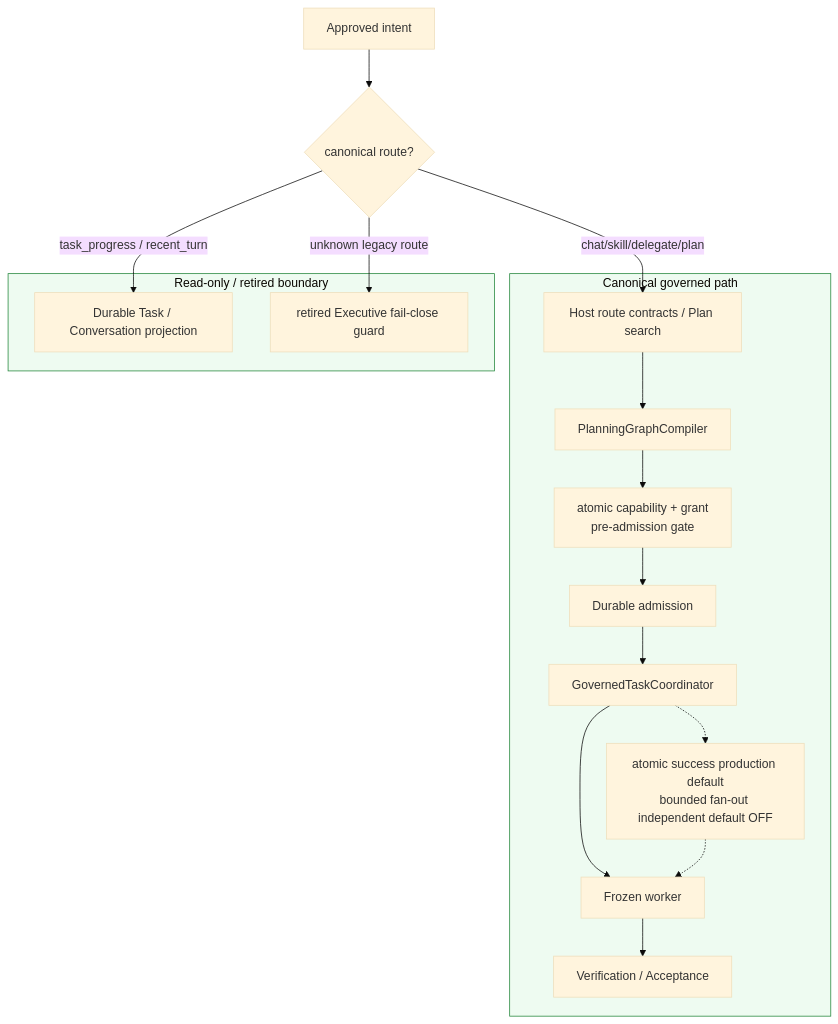
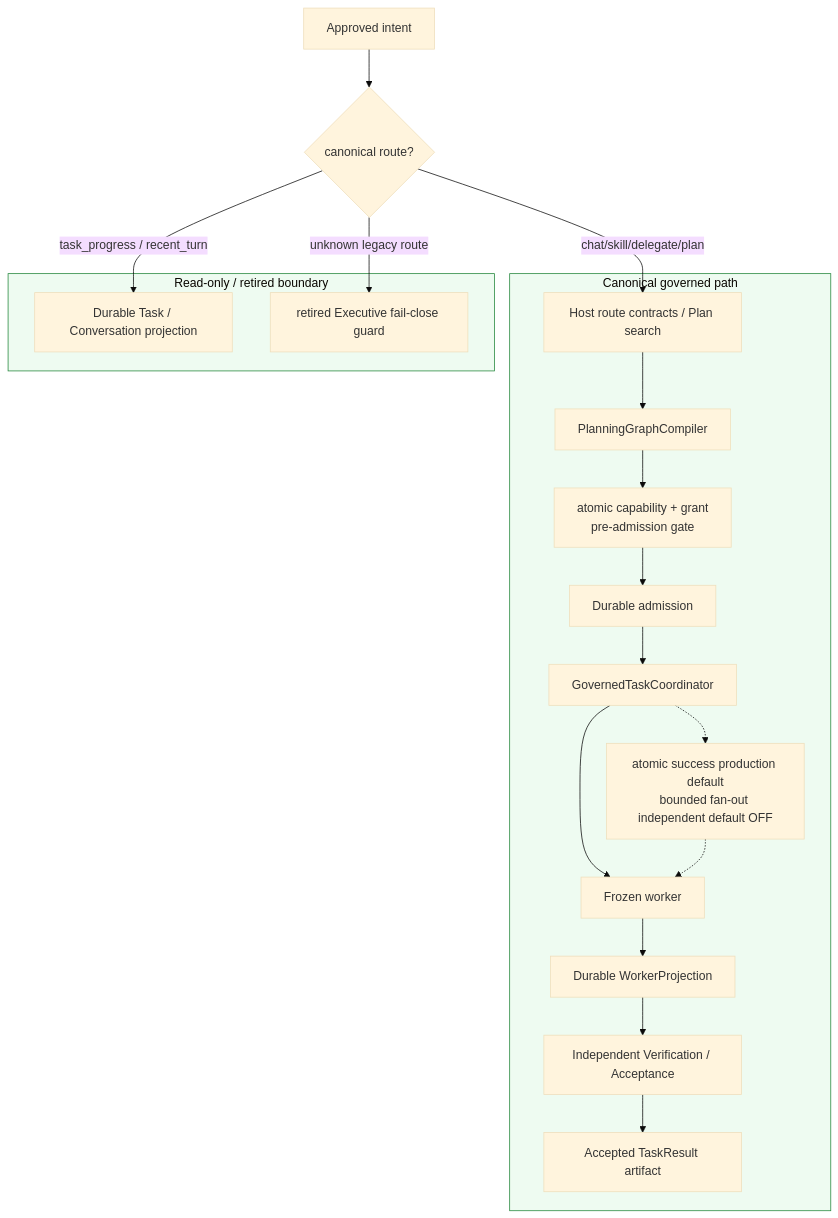
Before and after one commit to SakuraYoruno/Natsume_Ai: the first of 5 diagrams in docs/50_project/arch/diagrams/04_executive_layers.md, drawn with Mermaid (base theme). The commit also changed other lines of this file and 25 other files, not shown here.

````diff
--- a/docs/50_project/arch/diagrams/04_executive_layers.md
+++ b/docs/50_project/arch/diagrams/04_executive_layers.md
@@ -13,31 +13,33 @@
 ```mermaid
 flowchart TD
     INTENT["Approved intent"]
     ROUTE{"canonical route?"}
 
     subgraph Canonical["Canonical governed path"]
         HS["Host route contracts / Plan search"]
         GC["PlanningGraphCompiler"]
         GATE["atomic capability + grant\npre-admission gate"]
         AD["Durable admission"]
         TR["GovernedTaskCoordinator"]
         SHADOW["atomic success production default\nbounded fan-out independent default OFF"]
         WK["Frozen worker"]
-        AC["Verification / Acceptance"]
-        HS --> GC --> GATE --> AD --> TR --> WK --> AC
+        WP["Durable WorkerProjection"]
+        AC["Independent Verification / Acceptance"]
+        ART["Accepted TaskResult artifact"]
+        HS --> GC --> GATE --> AD --> TR --> WK --> WP --> AC --> ART
         TR -.-> SHADOW -.-> WK
     end
 
     subgraph ReadOnly["Read-only / retired boundary"]
         RP["Durable Task / Conversation projection"]
         EX["retired Executive fail-close guard"]
     end
 
     INTENT --> ROUTE
     ROUTE -->|"chat/skill/delegate/plan"| HS
     ROUTE -->|"task_progress / recent_turn"| RP
     ROUTE -->|"unknown legacy route"| EX
 
     style Canonical fill:#eefbf1,stroke:#22863a
     style ReadOnly fill:#eefbf1,stroke:#22863a
 ```
````
